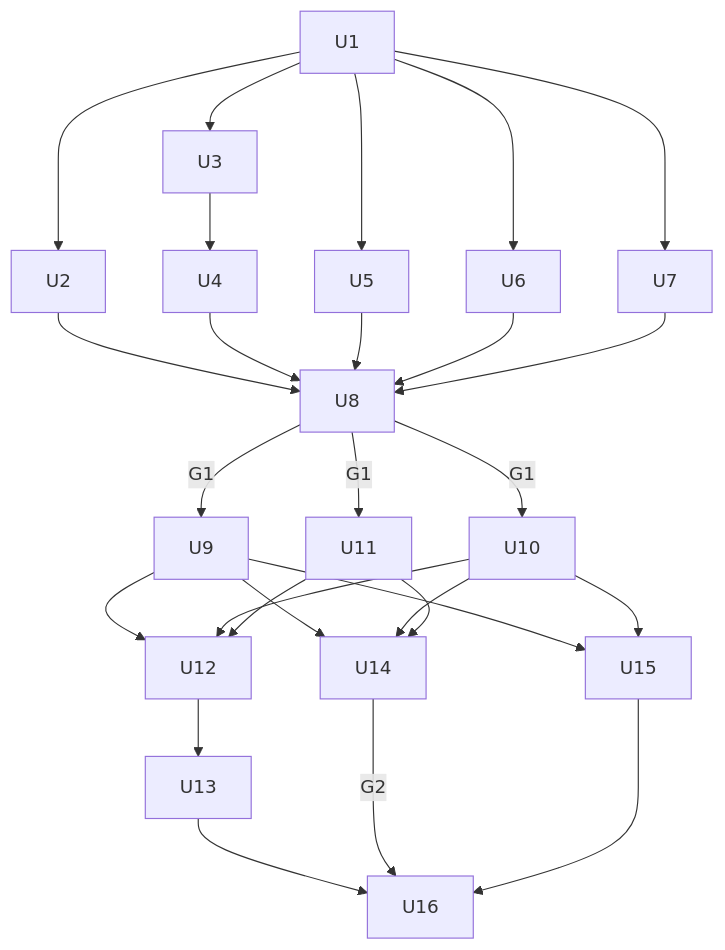
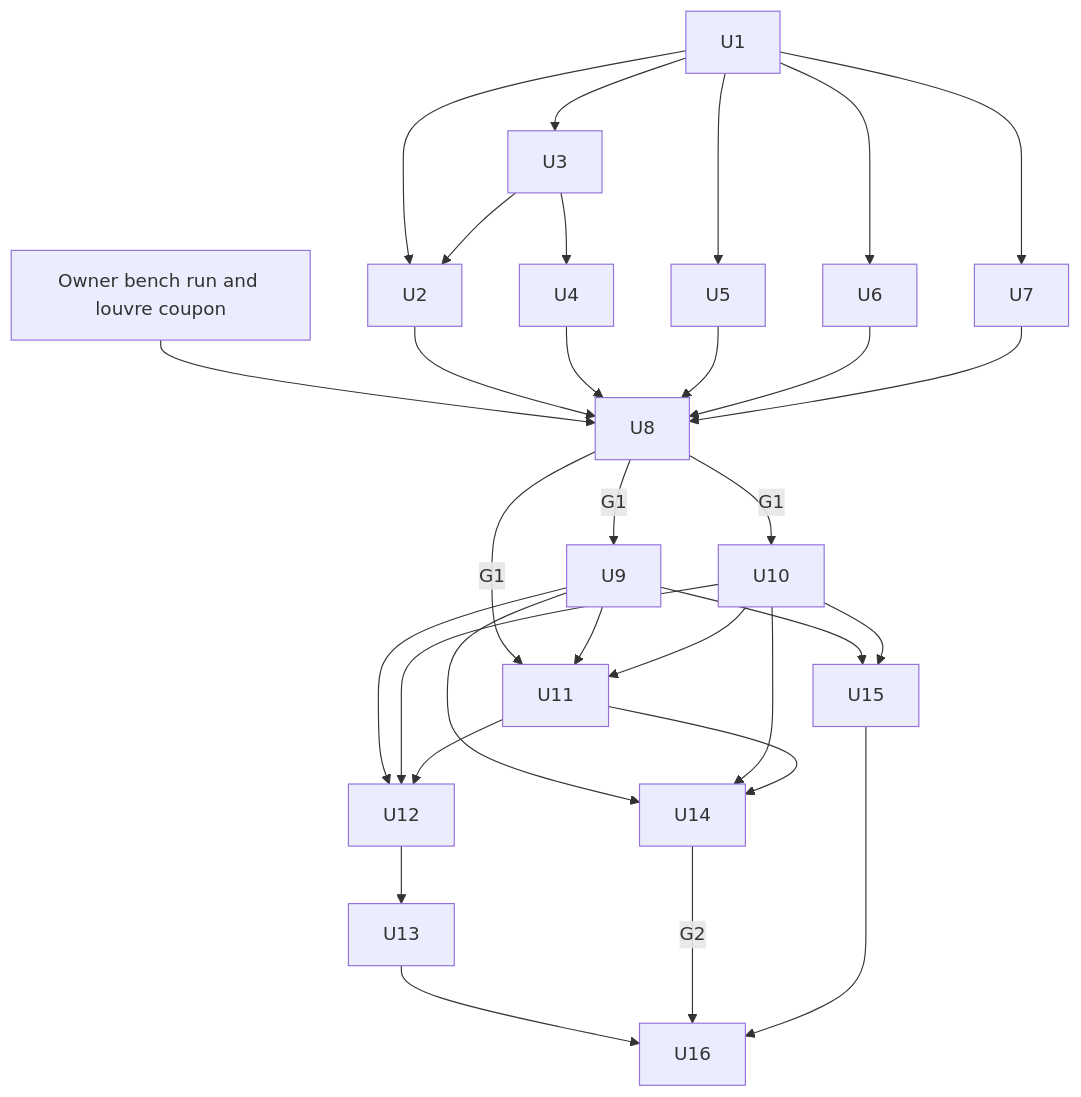
One commit to Stab-Rabbit-coding/Serenity-UAV changed the third of 3 diagrams in docs/plans/2026-11-15-002-feat-ramp-intake-edf-cooling-plan.md. Above: the diagram before and after it, drawn with Mermaid. The commit also changed other lines of this file and 25 other files, not shown here.

````diff
--- a/docs/plans/2026-11-15-002-feat-ramp-intake-edf-cooling-plan.md
+++ b/docs/plans/2026-11-15-002-feat-ramp-intake-edf-cooling-plan.md
@@ -321,29 +325,33 @@
 ```mermaid
 flowchart TB
   U1 --> U2
   U1 --> U3
   U1 --> U5
   U1 --> U6
   U1 --> U7
   U3 --> U4
+  U3 --> U2
+  BENCH[Owner bench run and louvre coupon] --> U8
   U2 --> U8
   U4 --> U8
   U5 --> U8
   U6 --> U8
   U7 --> U8
   U8 -->|G1| U9
   U8 -->|G1| U10
   U8 -->|G1| U11
+  U9 --> U11
+  U10 --> U11
   U9 --> U12
   U10 --> U12
   U11 --> U12
   U12 --> U13
   U9 --> U14
   U10 --> U14
   U11 --> U14
   U9 --> U15
   U10 --> U15
   U13 --> U16
   U14 -->|G2| U16
   U15 --> U16
 ```
````
